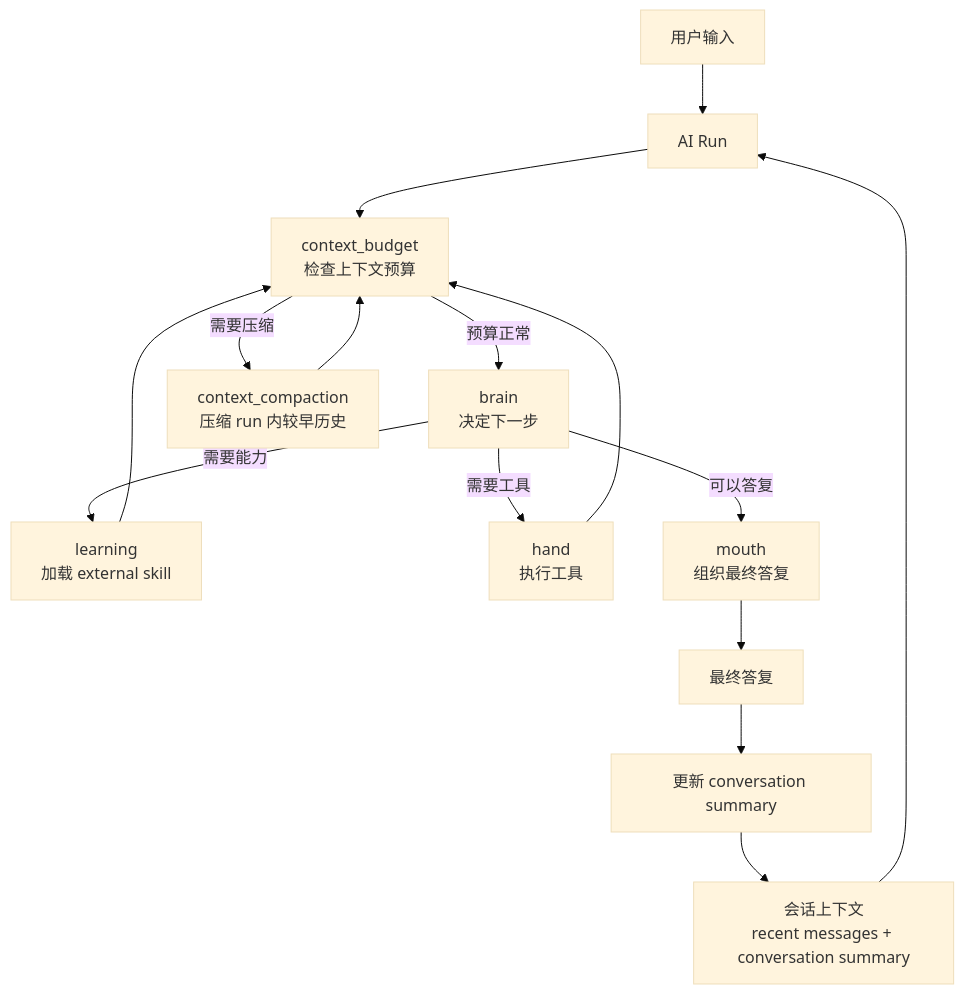
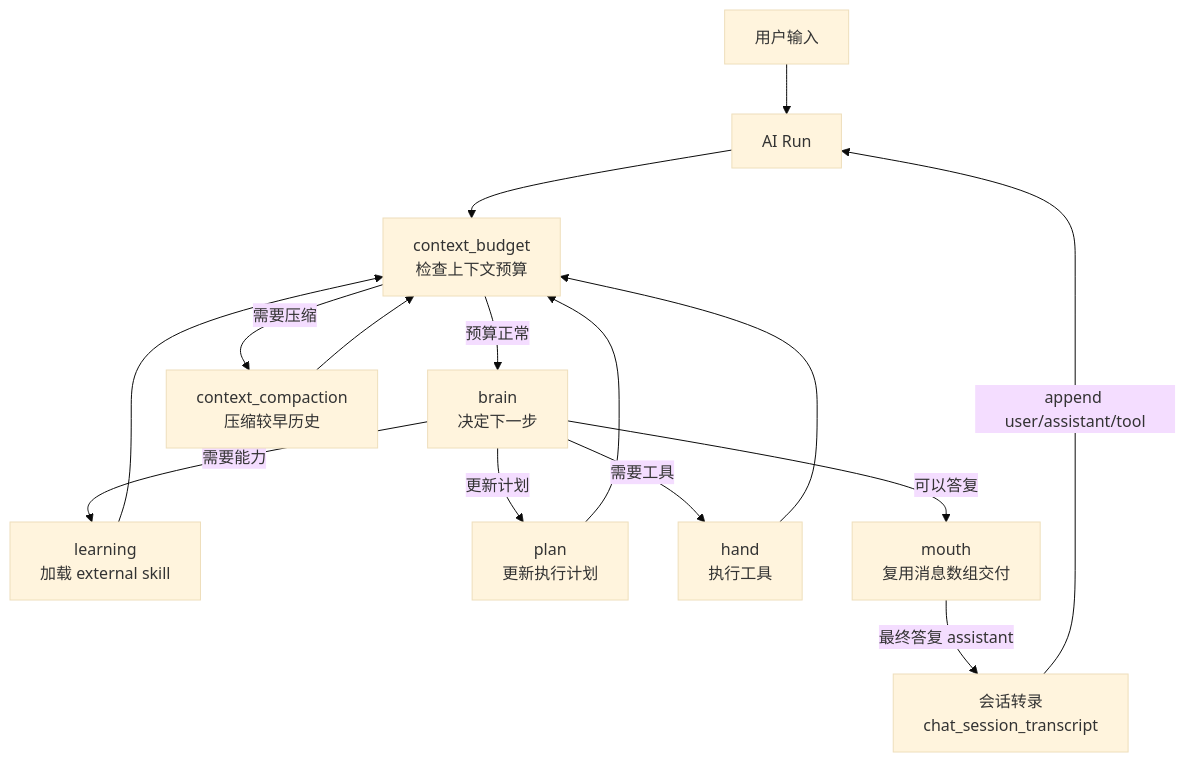
The diagram in doc/architecture.md (Yoan98/Ncurator), drawn with Mermaid (base theme) before and after one commit. The commit also changed other lines of this file and 76 other files, not shown here.

````diff
--- a/doc/architecture.md
+++ b/doc/architecture.md
@@ -98,29 +98,28 @@
 ```mermaid
 flowchart TD
     U["用户输入"]
-    S["会话上下文\nrecent messages + conversation summary"]
+    T["会话转录\nchat_session_transcript"]
     R["AI Run"]
     B["context_budget\n检查上下文预算"]
     C["brain\n决定下一步"]
     L["learning\n加载 external skill"]
+    D["plan\n更新执行计划"]
     H["hand\n执行工具"]
-    M["mouth\n组织最终答复"]
-    P["context_compaction\n压缩 run 内较早历史"]
-    O["最终答复"]
-    N["更新 conversation summary"]
+    M["mouth\n复用消息数组交付"]
+    P["context_compaction\n压缩较早历史"]
 
     U --> R
-    S --> R
+    T -->|append user/assistant/tool| R
     R --> B
     B -->|预算正常| C
     B -->|需要压缩| P
     P --> B
     C -->|需要能力| L
+    C -->|更新计划| D
     C -->|需要工具| H
     C -->|可以答复| M
     L --> B
+    D --> B
     H --> B
-    M --> O
-    O --> N
-    N --> S
+    M -->|最终答复 assistant| T
 ```
````
